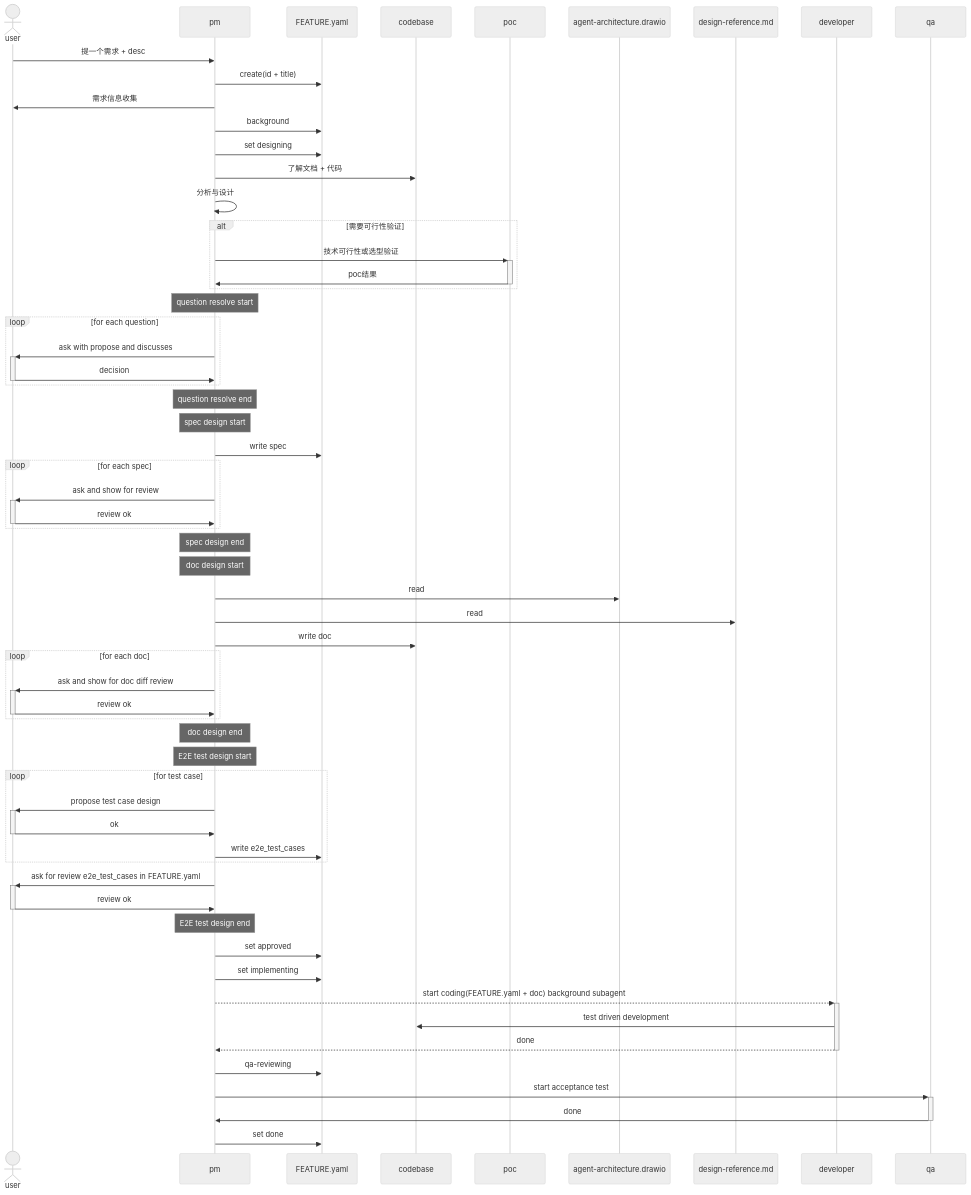
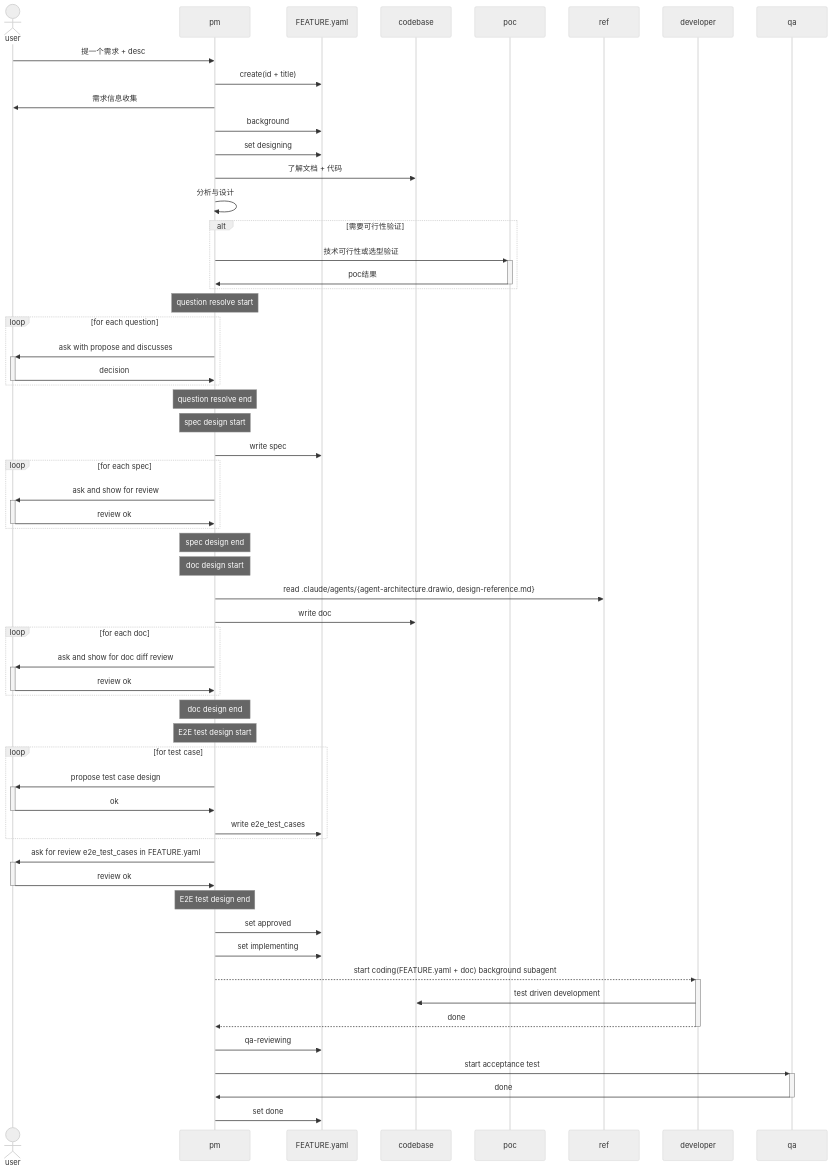
Before and after one commit to JoeyAssistant/skill-repo: the first of 3 diagrams in system-prompt/agent-factory/agent-pm.md, drawn with Mermaid (neutral theme). The commit also changed other lines of this file and 2 other files, not shown here.

Commit message:
fix(script): 设计资产归入 .claude/agents/，不进项目根
design-reference.md / agent-architecture.drawio 是 agent-factory 资产，
放项目根污染代码仓（工作场景破坏零足迹）；与 subagents、配置文件统一
落 .claude/agents/，PM doc design 引用路径同步更新

````diff
--- a/system-prompt/agent-factory/agent-pm.md
+++ b/system-prompt/agent-factory/agent-pm.md
@@ -95,68 +95,67 @@
 ```mermaid
 sequenceDiagram
     actor user
     user->>pm: 提一个需求 + desc
     participant feat as FEATURE.yaml
     participant code as codebase
 
     pm->>feat: create(id + title)
     pm->>user: 需求信息收集
     pm->>feat: background
 
     pm->>feat: set designing
     pm->>code: 了解文档 + 代码
     pm->>pm: 分析与设计
     alt 需要可行性验证
         pm->>+poc: 技术可行性或选型验证
         poc->>-pm: poc结果
     end
 
     Note over pm: question resolve start
     loop for each question
         pm->>+user: ask with propose and discusses
         user->>-pm: decision
     end
     Note over pm: question resolve end
 
     Note over pm: spec design start
     pm->>feat: write spec
     loop for each spec
         pm->>+user: ask and show for review
         user->>-pm: review ok
     end
     Note over pm: spec design end
 
     Note over pm: doc design start
-    pm->>agent-architecture.drawio: read 
-    pm->>design-reference.md: read
+    pm->>ref: read .claude/agents/{agent-architecture.drawio, design-reference.md}
     pm->>code: write doc
 
     loop for each doc
         pm->>+user: ask and show for doc diff review
         user->>-pm: review ok
     end
     Note over pm: doc design end
 
     Note over pm: E2E test design start
     loop for test case
         pm->>+user: propose test case design
         user->>-pm: ok
         pm->>feat: write e2e_test_cases
     end
     
     pm->>+user: ask for review e2e_test_cases in FEATURE.yaml
     user->>-pm: review ok
     Note over pm: E2E test design end
 
     pm->>feat: set approved
     participant dev as developer
     pm->>feat: set implementing
     pm-->>+dev: start coding(FEATURE.yaml + doc) background subagent
     dev->>code: test driven development
     dev-->>-pm: done
 
     pm->>feat: qa-reviewing
     pm->>+qa: start acceptance test
     qa->>-pm: done
     pm->>feat: set done
 ```
````
